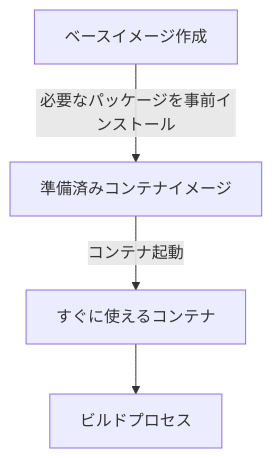
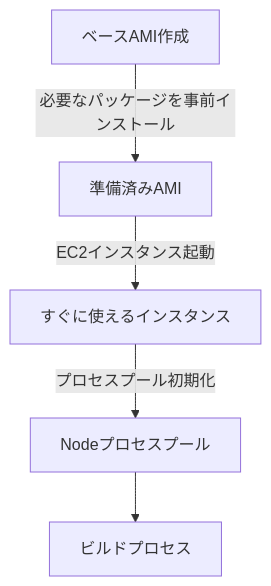
The fourth of 9 diagrams in 詳細設計書.md (shiftplus-corp-homan-keisuke/artifact), drawn with Mermaid before and after one commit. The commit also changed other lines of this file and 3 other files, not shown here.

First line of the commit message:
feat: Implement container pool for build process optimization

````diff
--- a/詳細設計書.md
+++ b/詳細設計書.md
@@ -236,6 +242,7 @@
 ```mermaid
 flowchart TD
-    BaseImage[ベースイメージ作成] --> |必要なパッケージを事前インストール| PreparedImage[準備済みコンテナイメージ]
-    PreparedImage --> |コンテナ起動| ReadyContainer[すぐに使えるコンテナ]
-    ReadyContainer --> BuildProcess[ビルドプロセス]
+    BaseAMI[ベースAMI作成] --> |必要なパッケージを事前インストール| PreparedAMI[準備済みAMI]
+    PreparedAMI --> |EC2インスタンス起動| ReadyInstance[すぐに使えるインスタンス]
+    ReadyInstance --> |プロセスプール初期化| ProcessPool[Nodeプロセスプール]
+    ProcessPool --> BuildProcess[ビルドプロセス]
 ```
````
